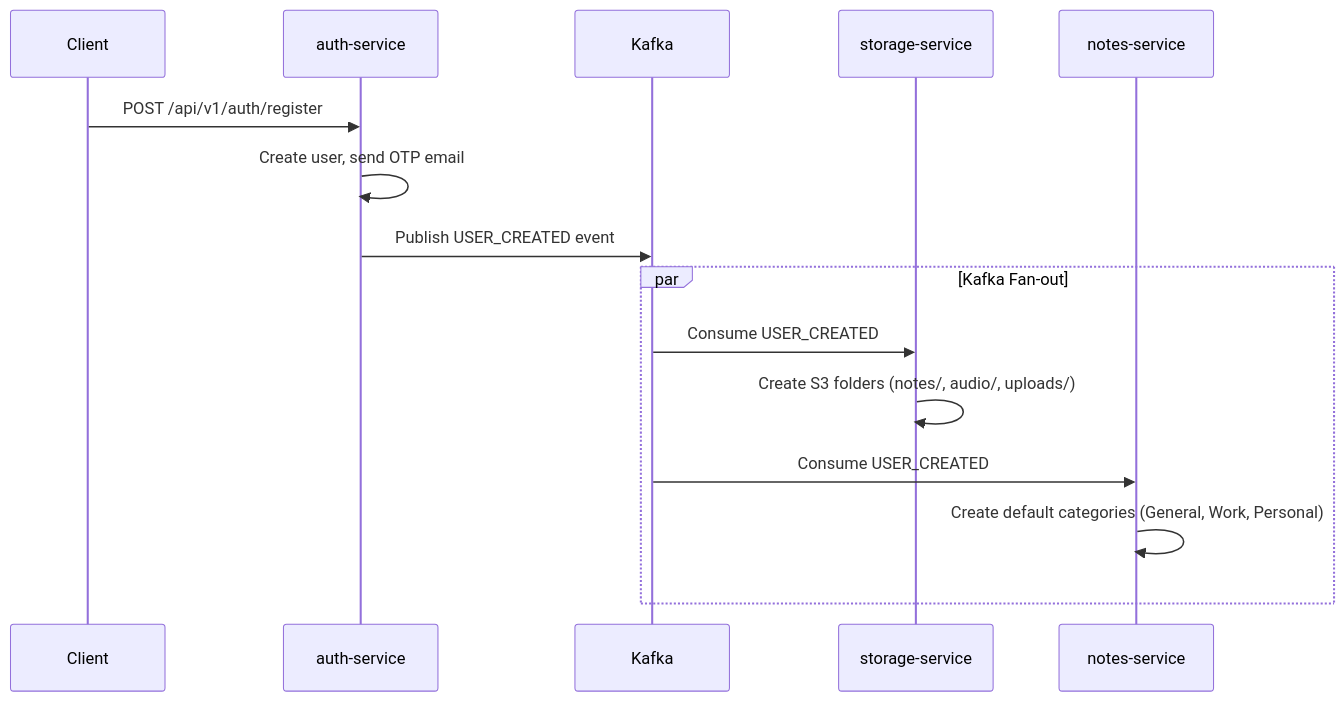
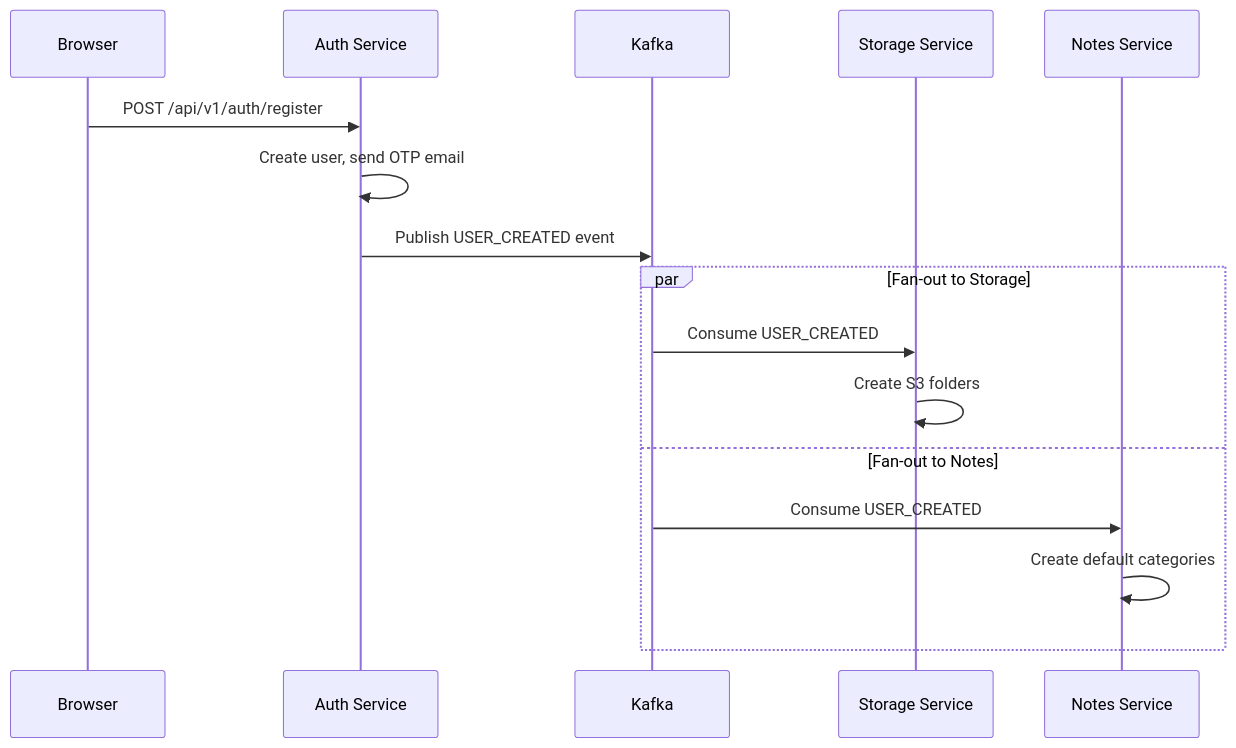
The diagram in docs/architecture/kafka.md (Surendra1341/Omninet), drawn with Mermaid before and after one commit. The commit also changed 4 other files, not shown here.

First line of the commit message:
docs: add mermaid diagram rendering with vitepress-plugin-mermaid

````diff
--- a/docs/architecture/kafka.md
+++ b/docs/architecture/kafka.md
@@ -17,19 +17,20 @@
 ```mermaid
 sequenceDiagram
-    participant Client
-    participant Auth as auth-service
-    participant Kafka
-    participant Storage as storage-service
-    participant Notes as notes-service
+    participant Client as Browser
+    participant Auth as Auth Service
+    participant Kafka as Kafka
+    participant Storage as Storage Service
+    participant Notes as Notes Service
 
     Client->>Auth: POST /api/v1/auth/register
     Auth->>Auth: Create user, send OTP email
     Auth->>Kafka: Publish USER_CREATED event
 
-    par Kafka Fan-out
+    par Fan-out to Storage
         Kafka->>Storage: Consume USER_CREATED
-        Storage->>Storage: Create S3 folders (notes/, audio/, uploads/)
+        Storage->>Storage: Create S3 folders
+    and Fan-out to Notes
         Kafka->>Notes: Consume USER_CREATED
-        Notes->>Notes: Create default categories (General, Work, Personal)
+        Notes->>Notes: Create default categories
     end
 ```
````
